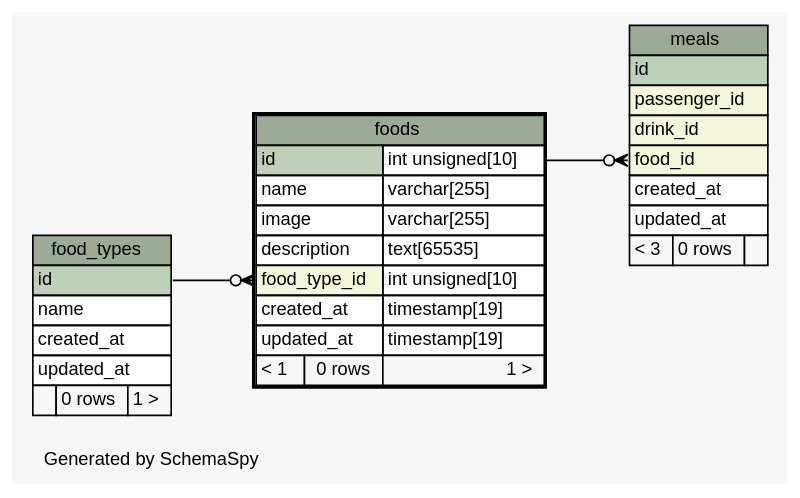
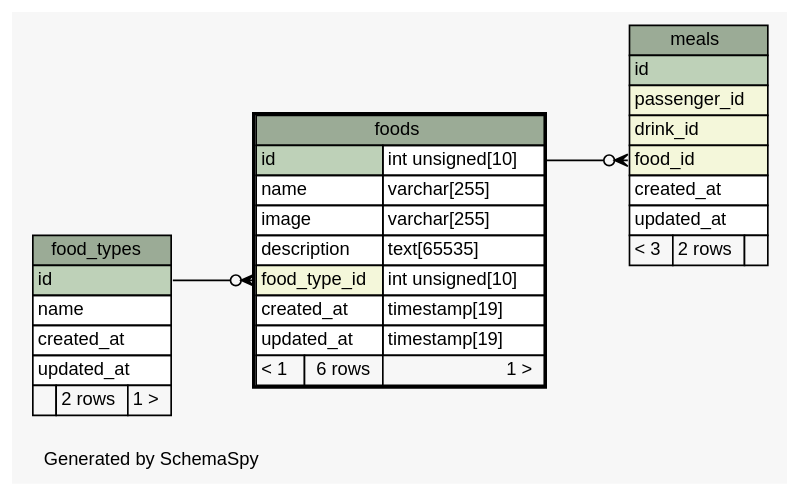
The diagram in web/app/database/schema/diagrams/foods.1degree.dot (joaonzangoII/flightbookingsystem), drawn with Graphviz before and after one commit. The commit also changed 129 other files, not shown here.

```diff
--- a/web/app/database/schema/diagrams/foods.1degree.dot
+++ b/web/app/database/schema/diagrams/foods.1degree.dot
@@ -1,68 +1,68 @@
-// dot 2.38.0 on Linux 4.8.0-46-generic
+// dot 2.38.0 on Linux 4.8.0-49-generic
 // SchemaSpy rev 590
 digraph "oneDegreeRelationshipsDiagram" {
   graph [
     rankdir="RL"
     bgcolor="#f7f7f7"
     label="\nGenerated by SchemaSpy"
     labeljust="l"
     nodesep="0.18"
     ranksep="0.46"
     fontname="Helvetica"
     fontsize="11"
   ];
   node [
     fontname="Helvetica"
     fontsize="11"
     shape="plaintext"
   ];
   edge [
     arrowsize="0.8"
   ];
   "foods":"food_type_id":w -> "food_types":"id":e [arrowhead=none dir=back arrowtail=crowodot];
   "meals":"food_id":w -> "foods":"id.type":e [arrowhead=none dir=back arrowtail=crowodot];
   "food_types" [
     label=<
     <TABLE BORDER="0" CELLBORDER="1" CELLSPACING="0" BGCOLOR="#ffffff">
       <TR><TD COLSPAN="3" BGCOLOR="#9bab96" ALIGN="CENTER">food_types</TD></TR>
       <TR><TD PORT="id" COLSPAN="3" BGCOLOR="#bed1b8" ALIGN="LEFT">id</TD></TR>
       <TR><TD PORT="name" COLSPAN="3" ALIGN="LEFT">name</TD></TR>
       <TR><TD PORT="created_at" COLSPAN="3" ALIGN="LEFT">created_at</TD></TR>
       <TR><TD PORT="updated_at" COLSPAN="3" ALIGN="LEFT">updated_at</TD></TR>
-      <TR><TD ALIGN="LEFT" BGCOLOR="#f7f7f7">  </TD><TD ALIGN="RIGHT" BGCOLOR="#f7f7f7">0 rows</TD><TD ALIGN="RIGHT" BGCOLOR="#f7f7f7">1 &gt;</TD></TR>
+      <TR><TD ALIGN="LEFT" BGCOLOR="#f7f7f7">  </TD><TD ALIGN="RIGHT" BGCOLOR="#f7f7f7">2 rows</TD><TD ALIGN="RIGHT" BGCOLOR="#f7f7f7">1 &gt;</TD></TR>
     </TABLE>>
     URL="food_types.html"
     tooltip="food_types"
   ];
   "foods" [
     label=<
     <TABLE BORDER="2" CELLBORDER="1" CELLSPACING="0" BGCOLOR="#ffffff">
       <TR><TD COLSPAN="3" BGCOLOR="#9bab96" ALIGN="CENTER">foods</TD></TR>
       <TR><TD PORT="id" COLSPAN="2" BGCOLOR="#bed1b8" ALIGN="LEFT">id</TD><TD PORT="id.type" ALIGN="LEFT">int unsigned[10]</TD></TR>
       <TR><TD PORT="name" COLSPAN="2" ALIGN="LEFT">name</TD><TD PORT="name.type" ALIGN="LEFT">varchar[255]</TD></TR>
       <TR><TD PORT="image" COLSPAN="2" ALIGN="LEFT">image</TD><TD PORT="image.type" ALIGN="LEFT">varchar[255]</TD></TR>
       <TR><TD PORT="description" COLSPAN="2" ALIGN="LEFT">description</TD><TD PORT="description.type" ALIGN="LEFT">text[65535]</TD></TR>
       <TR><TD PORT="food_type_id" COLSPAN="2" BGCOLOR="#f4f7da" ALIGN="LEFT">food_type_id</TD><TD PORT="food_type_id.type" ALIGN="LEFT">int unsigned[10]</TD></TR>
       <TR><TD PORT="created_at" COLSPAN="2" ALIGN="LEFT">created_at</TD><TD PORT="created_at.type" ALIGN="LEFT">timestamp[19]</TD></TR>
       <TR><TD PORT="updated_at" COLSPAN="2" ALIGN="LEFT">updated_at</TD><TD PORT="updated_at.type" ALIGN="LEFT">timestamp[19]</TD></TR>
-      <TR><TD ALIGN="LEFT" BGCOLOR="#f7f7f7">&lt; 1</TD><TD ALIGN="RIGHT" BGCOLOR="#f7f7f7">0 rows</TD><TD ALIGN="RIGHT" BGCOLOR="#f7f7f7">1 &gt;</TD></TR>
+      <TR><TD ALIGN="LEFT" BGCOLOR="#f7f7f7">&lt; 1</TD><TD ALIGN="RIGHT" BGCOLOR="#f7f7f7">6 rows</TD><TD ALIGN="RIGHT" BGCOLOR="#f7f7f7">1 &gt;</TD></TR>
     </TABLE>>
     URL="foods.html"
     tooltip="foods"
   ];
   "meals" [
     label=<
     <TABLE BORDER="0" CELLBORDER="1" CELLSPACING="0" BGCOLOR="#ffffff">
       <TR><TD COLSPAN="3" BGCOLOR="#9bab96" ALIGN="CENTER">meals</TD></TR>
       <TR><TD PORT="id" COLSPAN="3" BGCOLOR="#bed1b8" ALIGN="LEFT">id</TD></TR>
       <TR><TD PORT="passenger_id" COLSPAN="3" BGCOLOR="#f4f7da" ALIGN="LEFT">passenger_id</TD></TR>
       <TR><TD PORT="drink_id" COLSPAN="3" BGCOLOR="#f4f7da" ALIGN="LEFT">drink_id</TD></TR>
       <TR><TD PORT="food_id" COLSPAN="3" BGCOLOR="#f4f7da" ALIGN="LEFT">food_id</TD></TR>
       <TR><TD PORT="created_at" COLSPAN="3" ALIGN="LEFT">created_at</TD></TR>
       <TR><TD PORT="updated_at" COLSPAN="3" ALIGN="LEFT">updated_at</TD></TR>
-      <TR><TD ALIGN="LEFT" BGCOLOR="#f7f7f7">&lt; 3</TD><TD ALIGN="RIGHT" BGCOLOR="#f7f7f7">0 rows</TD><TD ALIGN="RIGHT" BGCOLOR="#f7f7f7">  </TD></TR>
+      <TR><TD ALIGN="LEFT" BGCOLOR="#f7f7f7">&lt; 3</TD><TD ALIGN="RIGHT" BGCOLOR="#f7f7f7">2 rows</TD><TD ALIGN="RIGHT" BGCOLOR="#f7f7f7">  </TD></TR>
     </TABLE>>
     URL="meals.html"
     tooltip="meals"
   ];
 }
```
